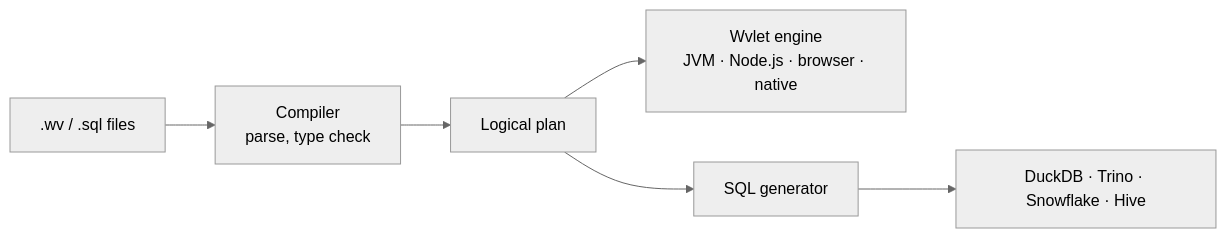
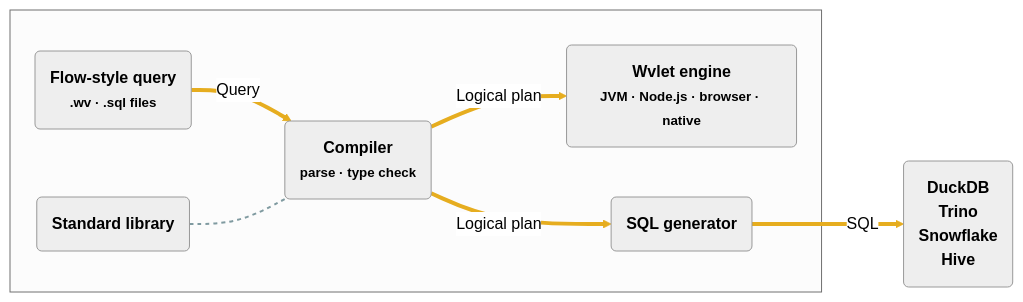
One commit to wvlet/wvlet changed the diagram in website/docs/index.md. Above: the diagram before and after it, drawn with Mermaid (neutral theme). The commit also changed 3 other files, not shown here.

````diff
--- a/website/docs/index.md
+++ b/website/docs/index.md
@@ -87,8 +87,26 @@
 ```mermaid
 flowchart LR
-  wv[".wv / .sql files"] --> compiler["Compiler<br/>parse, type check"]
-  compiler --> plan["Logical plan"]
-  plan --> engine["Wvlet engine<br/>JVM · Node.js · browser · native"]
-  plan --> sqlgen["SQL generator"]
-  sqlgen --> sql["DuckDB · Trino · Snowflake · Hive"]
+  subgraph wvlet[" "]
+    query("Flow-style query<br/><small>.wv · .sql files</small>")
+    compiler("Compiler<br/><small>parse · type check</small>")
+    stdlib("Standard library")
+    engine("Wvlet engine<br/><small>JVM · Node.js · browser · native</small>")
+    sqlgen("SQL generator")
+  end
+  sql("DuckDB<br/>Trino<br/>Snowflake<br/>Hive")
+
+  query ==>|Query| compiler
+  stdlib -.- compiler
+  compiler ==>|Logical plan| engine
+  compiler ==>|Logical plan| sqlgen
+  sqlgen ==>|SQL| sql
+
+  classDef stage font-weight:600
+  classDef lib font-weight:600
+  classDef target font-weight:600
+  class query,compiler,engine,sqlgen stage
+  class stdlib lib
+  class sql target
+  linkStyle default stroke:#e6ad1f,stroke-width:4px
+  linkStyle 1 stroke:#7f9aa0,stroke-width:2px,stroke-dasharray:4 4
 ```
````
